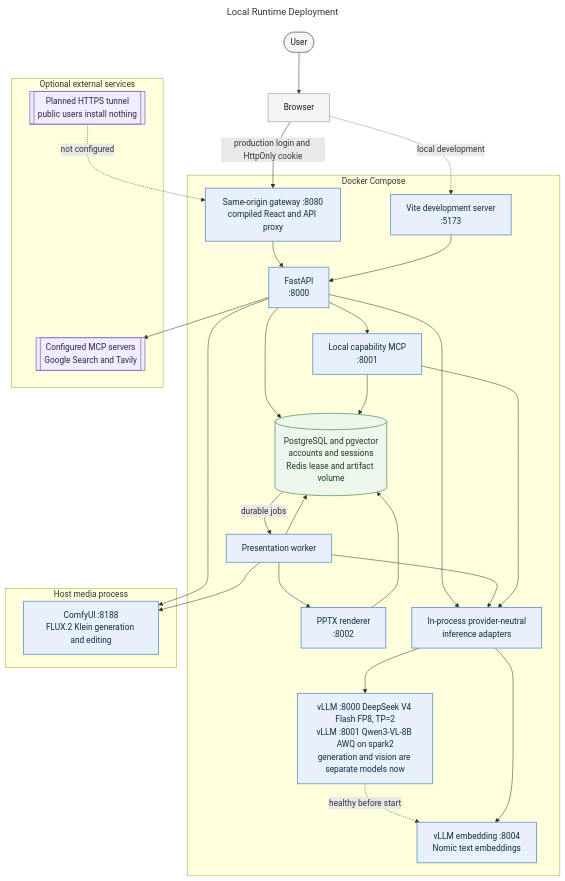
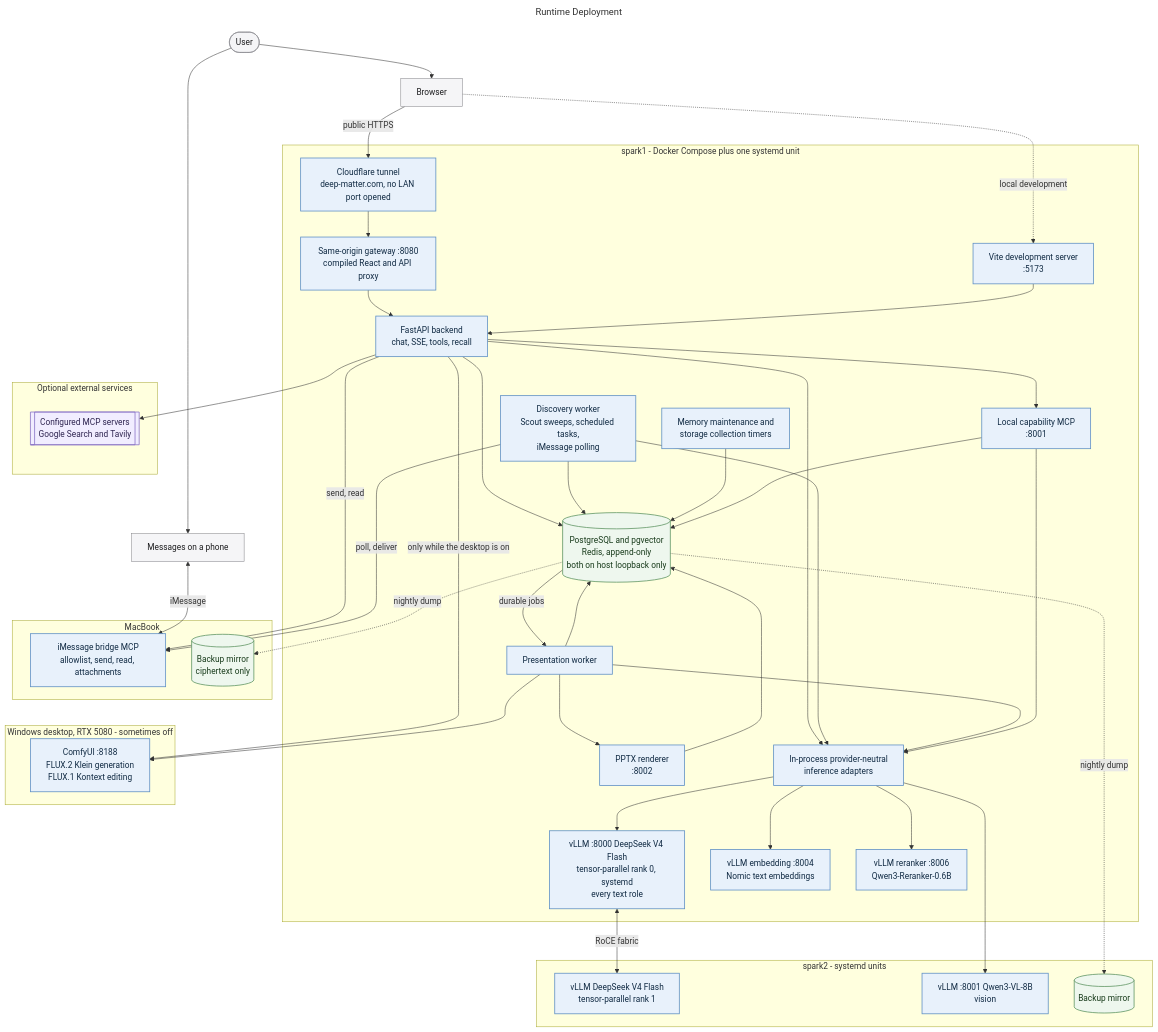
One commit to MallyaAni/PersonalAssistant changed the diagram in docs/diagrams/runtime-deployment.mmd. Above: the diagram before and after it, drawn with Mermaid. The commit also changed 31 other files, not shown here.

First line of the commit message:
Bring the diagrams, catalog, changelog, roadmap, and decision records up to the running system

```diff
--- a/docs/diagrams/runtime-deployment.mmd
+++ b/docs/diagrams/runtime-deployment.mmd
@@ -1,59 +1,83 @@
 ---
-title: Local Runtime Deployment
+title: Runtime Deployment
 ---
 flowchart TB
     User([User]) --> Browser[Browser]
+    User --> Phone[Messages on a phone]
 
-    subgraph Compose[Docker Compose]
+    subgraph Spark1[spark1 - Docker Compose plus one systemd unit]
         Gateway[Same-origin gateway :8080<br/>compiled React and API proxy]
         Frontend[Vite development server<br/>:5173]
-        Backend[FastAPI<br/>:8000]
+        Backend[FastAPI backend<br/>chat, SSE, tools, recall]
+        Discovery[Discovery worker<br/>Scout sweeps, scheduled tasks,<br/>iMessage polling]
         Worker[Presentation worker]
+        Maintenance[Memory maintenance and<br/>storage collection timers]
         MCP[Local capability MCP<br/>:8001]
         Renderer[PPTX renderer<br/>:8002]
         Adapters[In-process provider-neutral<br/>inference adapters]
-        VLLMMain[vLLM :8000 DeepSeek V4 Flash FP8, TP=2<br/>vLLM :8001 Qwen3-VL-8B AWQ on spark2<br/>generation and vision are separate models now]
+        VLLMMain[vLLM :8000 DeepSeek V4 Flash<br/>tensor-parallel rank 0, systemd<br/>every text role]
         VLLMEmbed[vLLM embedding :8004<br/>Nomic text embeddings]
-        Stores[(PostgreSQL and pgvector<br/>accounts and sessions<br/>Redis lease and artifact volume)]
-        VLLMMain -.->|healthy before start| VLLMEmbed
+        VLLMRerank[vLLM reranker :8006<br/>Qwen3-Reranker-0.6B]
+        Stores[(PostgreSQL and pgvector<br/>Redis, append-only<br/>both on host loopback only)]
+        Tunnel[Cloudflare tunnel<br/>deep-matter.com, no LAN port opened]
     end
 
-    subgraph Host[Host media process]
-        ComfyUI[ComfyUI :8188<br/>FLUX.2 Klein generation and editing]
+    subgraph Spark2[spark2 - systemd units]
+        VLLMRank1[vLLM DeepSeek V4 Flash<br/>tensor-parallel rank 1]
+        VLM[vLLM :8001 Qwen3-VL-8B<br/>vision]
+        Mirror1[(Backup mirror)]
+    end
+
+    subgraph Mac[MacBook]
+        Bridge[iMessage bridge MCP<br/>allowlist, send, read, attachments]
+        Mirror2[(Backup mirror<br/>ciphertext only)]
+    end
+
+    subgraph Desktop[Windows desktop, RTX 5080 - sometimes off]
+        ComfyUI[ComfyUI :8188<br/>FLUX.2 Klein generation<br/>FLUX.1 Kontext editing]
     end
 
     subgraph External[Optional external services]
         Integrations[[Configured MCP servers<br/>Google Search and Tavily]]
-        PublicEdge[[Planned HTTPS tunnel<br/>public users install nothing]]
     end
 
-    PublicEdge -.->|not configured| Gateway
-    Browser -->|production login and HttpOnly cookie| Gateway
+    Browser -->|public HTTPS| Tunnel --> Gateway
     Browser -.->|local development| Frontend
+    Phone <-->|iMessage| Bridge
     Gateway --> Backend
     Frontend --> Backend
     Backend --> Stores
     Backend --> Adapters
-    Backend --> ComfyUI
+    Backend -->|only while the desktop is on| ComfyUI
     Backend --> MCP
     Backend --> Integrations
+    Backend -->|send, read| Bridge
+    Discovery -->|poll, deliver| Bridge
+    Discovery --> Stores
+    Discovery --> Adapters
 
     Stores -->|durable jobs| Worker
     Worker --> Stores
     Worker --> Adapters
     Worker --> ComfyUI
     Worker --> Renderer
     Renderer --> Stores
+    Maintenance --> Stores
     MCP --> Stores
     MCP --> Adapters
     Adapters --> VLLMMain
     Adapters --> VLLMEmbed
+    Adapters --> VLLMRerank
+    Adapters --> VLM
+    VLLMMain <-->|RoCE fabric| VLLMRank1
+    Stores -.->|nightly dump| Mirror1
+    Stores -.->|nightly dump| Mirror2
 
     classDef user fill:#f5f5f7,stroke:#86868b,color:#1d1d1f;
     classDef process fill:#e8f1fb,stroke:#5e8fc4,color:#102a43,stroke-width:1.5px;
     classDef data fill:#eef7ee,stroke:#5f9562,color:#183b1b,stroke-width:1.5px;
     classDef external fill:#f1edff,stroke:#8872c6,color:#2e2450,stroke-width:1.5px;
-    class User,Browser user;
-    class Gateway,Frontend,Backend,Worker,MCP,Renderer,Adapters,VLLMMain,VLLMEmbed,ComfyUI process;
-    class Stores data;
-    class Integrations,PublicEdge external;
+    class User,Browser,Phone user;
+    class Gateway,Frontend,Backend,Discovery,Worker,Maintenance,MCP,Renderer,Adapters,VLLMMain,VLLMEmbed,VLLMRerank,VLLMRank1,VLM,Bridge,ComfyUI,Tunnel process;
+    class Stores,Mirror1,Mirror2 data;
+    class Integrations external;
```
